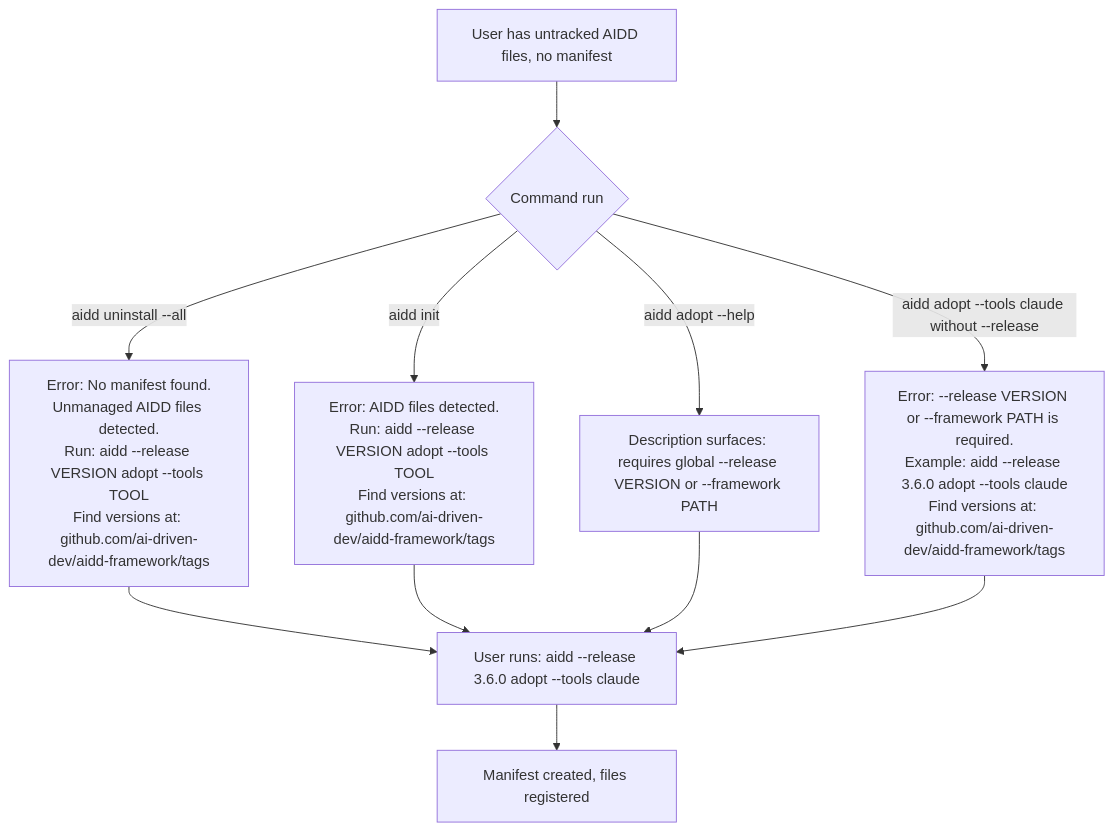
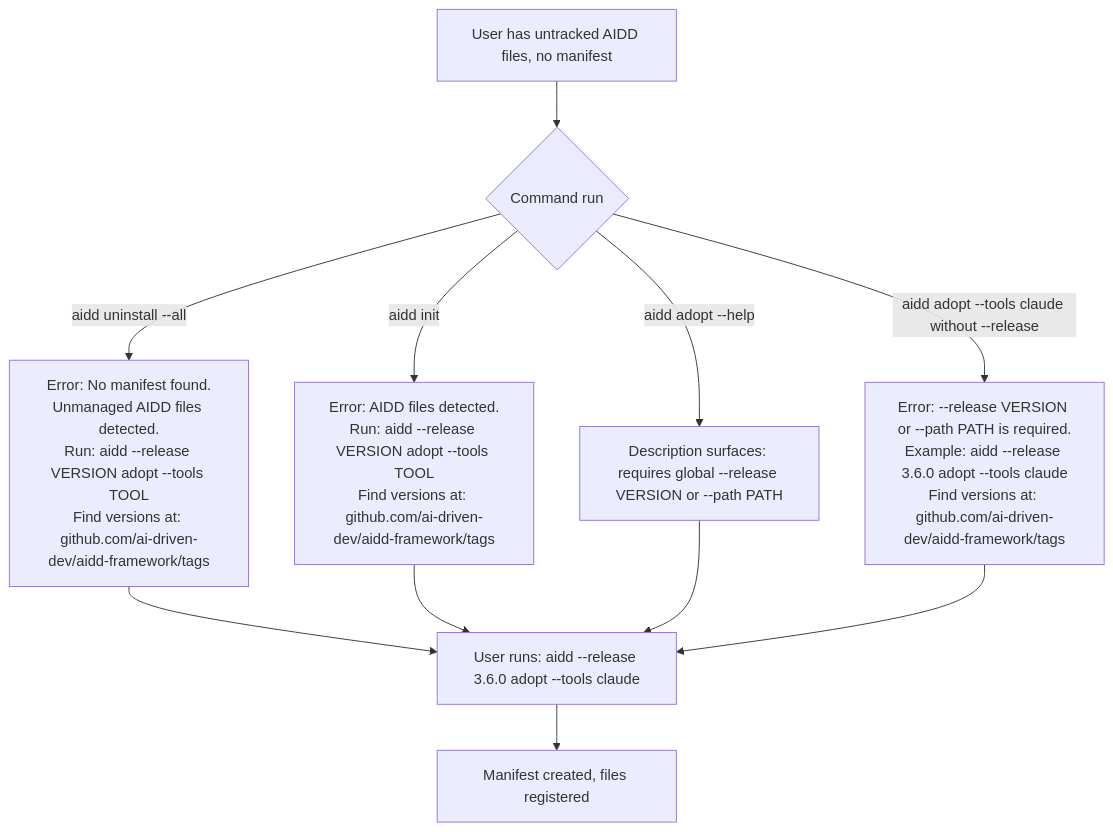
Before and after one commit to ai-driven-dev/framework: the diagram in aidd_docs/tasks/2026_03/2026_03_17-fix-inconsistent-state-uninstall-init-adopt.md, drawn with Mermaid. The commit also changed other lines of this file and 45 other files, not shown here.

First line of the commit message:
feat(cli): rename --framework to --path and clarify framework source

````diff
--- a/aidd_docs/tasks/2026_03/2026_03_17-fix-inconsistent-state-uninstall-init-adopt.md
+++ b/aidd_docs/tasks/2026_03/2026_03_17-fix-inconsistent-state-uninstall-init-adopt.md
@@ -53,13 +53,13 @@
 ```mermaid
 flowchart TD
   A[User has untracked AIDD files, no manifest] --> B{Command run}
   B -->|aidd uninstall --all| C["Error: No manifest found.\nUnmanaged AIDD files detected.\nRun: aidd --release VERSION adopt --tools TOOL\nFind versions at: github.com/ai-driven-dev/aidd-framework/tags"]
   B -->|aidd init| D["Error: AIDD files detected.\nRun: aidd --release VERSION adopt --tools TOOL\nFind versions at: github.com/ai-driven-dev/aidd-framework/tags"]
-  B -->|aidd adopt --help| E["Description surfaces: requires global --release VERSION or --framework PATH"]
-  B -->|aidd adopt --tools claude without --release| F["Error: --release VERSION or --framework PATH is required.\nExample: aidd --release 3.6.0 adopt --tools claude\nFind versions at: github.com/ai-driven-dev/aidd-framework/tags"]
+  B -->|aidd adopt --help| E["Description surfaces: requires global --release VERSION or --path PATH"]
+  B -->|aidd adopt --tools claude without --release| F["Error: --release VERSION or --path PATH is required.\nExample: aidd --release 3.6.0 adopt --tools claude\nFind versions at: github.com/ai-driven-dev/aidd-framework/tags"]
   C --> G[User runs: aidd --release 3.6.0 adopt --tools claude]
   D --> G
   E --> G
   F --> G
   G --> H[Manifest created, files registered]
 ```
````
